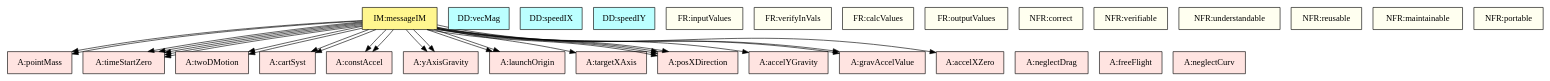
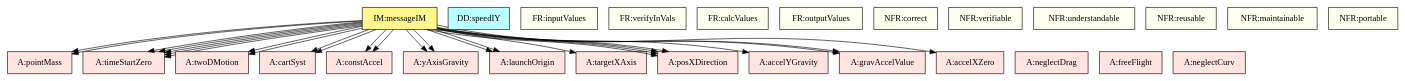
The diagram in code/stable/projectile/TraceyGraph/avsall.dot (JacquesCarette/Drasil), drawn with Graphviz before and after one commit. The commit also changed 46 other files, not shown here.

```diff
--- a/code/stable/projectile/TraceyGraph/avsall.dot
+++ b/code/stable/projectile/TraceyGraph/avsall.dot
@@ -1,104 +1,104 @@
 digraph avsall {
 	theory:projSpeed -> pointMass;
 	theory:projSpeed -> timeStartZero;
 	theory:projPos -> pointMass;
 	theory:projPos -> timeStartZero;
 	theory:velocity -> twoDMotion;
 	theory:velocity -> cartSyst;
 	theory:velocity -> constAccel;
 	theory:velocity -> timeStartZero;
 	theory:position -> twoDMotion;
 	theory:position -> cartSyst;
 	theory:position -> constAccel;
 	theory:position -> timeStartZero;
 	theory:flightduration -> yAxisGravity;
 	theory:flightduration -> launchOrigin;
 	theory:flightduration -> targetXAxis;
 	theory:flightduration -> posXDirection;
 	theory:flightduration -> accelYGravity;
 	theory:flightduration -> timeStartZero;
 	theory:flightduration -> gravAccelValue;
 	theory:landingposition -> yAxisGravity;
 	theory:landingposition -> launchOrigin;
 	theory:landingposition -> posXDirection;
 	theory:landingposition -> accelXZero;
 	theory:landingposition -> gravAccelValue;
 	theory:offset -> posXDirection;
 	theory:message -> posXDirection;
 
 
 	twoDMotion	[shape=box, color=black, style=filled, fillcolor=mistyrose, label="A:twoDMotion"];
 	cartSyst	[shape=box, color=black, style=filled, fillcolor=mistyrose, label="A:cartSyst"];
 	yAxisGravity	[shape=box, color=black, style=filled, fillcolor=mistyrose, label="A:yAxisGravity"];
 	launchOrigin	[shape=box, color=black, style=filled, fillcolor=mistyrose, label="A:launchOrigin"];
 	targetXAxis	[shape=box, color=black, style=filled, fillcolor=mistyrose, label="A:targetXAxis"];
 	posXDirection	[shape=box, color=black, style=filled, fillcolor=mistyrose, label="A:posXDirection"];
 	constAccel	[shape=box, color=black, style=filled, fillcolor=mistyrose, label="A:constAccel"];
 	accelXZero	[shape=box, color=black, style=filled, fillcolor=mistyrose, label="A:accelXZero"];
 	accelYGravity	[shape=box, color=black, style=filled, fillcolor=mistyrose, label="A:accelYGravity"];
 	neglectDrag	[shape=box, color=black, style=filled, fillcolor=mistyrose, label="A:neglectDrag"];
 	pointMass	[shape=box, color=black, style=filled, fillcolor=mistyrose, label="A:pointMass"];
 	freeFlight	[shape=box, color=black, style=filled, fillcolor=mistyrose, label="A:freeFlight"];
 	neglectCurv	[shape=box, color=black, style=filled, fillcolor=mistyrose, label="A:neglectCurv"];
 	timeStartZero	[shape=box, color=black, style=filled, fillcolor=mistyrose, label="A:timeStartZero"];
 	gravAccelValue	[shape=box, color=black, style=filled, fillcolor=mistyrose, label="A:gravAccelValue"];
 
 	subgraph A {
 	rank="same"
 	{twoDMotion, cartSyst, yAxisGravity, launchOrigin, targetXAxis, posXDirection, constAccel, accelXZero, accelYGravity, neglectDrag, pointMass, freeFlight, neglectCurv, timeStartZero, gravAccelValue}
 	}
 
-	speed	[shape=box, color=black, style=filled, fillcolor=paleturquoise1, label="DD:vecMag"];
-	ixVel	[shape=box, color=black, style=filled, fillcolor=paleturquoise1, label="DD:speedIX"];
-	iyVel	[shape=box, color=black, style=filled, fillcolor=paleturquoise1, label="DD:speedIY"];
+	dataDefn:speed	[shape=box, color=black, style=filled, fillcolor=paleturquoise1, label="DD:vecMag"];
+	dataDefn:ixVel	[shape=box, color=black, style=filled, fillcolor=paleturquoise1, label="DD:speedIX"];
+	dataDefn:iyVel	[shape=box, color=black, style=filled, fillcolor=paleturquoise1, label="DD:speedIY"];
 
 	subgraph DD {
 	rank="same"
-	{speed, ixVel, iyVel}
+	{dataDefn:speed, dataDefn:ixVel, dataDefn:iyVel}
 	}
 
 	theory:accelerationTM	[shape=box, color=black, style=filled, fillcolor=pink, label="TM:acceleration"];
 	theory:velocityTM	[shape=box, color=black, style=filled, fillcolor=pink, label="TM:velocity"];
 
 	subgraph TM {
 	rank="same"
 	{theory:accelerationTM, theory:velocityTM}
 	}
 
 	theory:projSpeed	[shape=box, color=black, style=filled, fillcolor=palegreen, label="GD:rectVel"];
 	theory:projPos	[shape=box, color=black, style=filled, fillcolor=palegreen, label="GD:rectPos"];
 	theory:velocity	[shape=box, color=black, style=filled, fillcolor=palegreen, label="GD:velVec"];
 	theory:position	[shape=box, color=black, style=filled, fillcolor=palegreen, label="GD:posVec"];
 
 	subgraph GD {
 	rank="same"
 	{theory:projSpeed, theory:projPos, theory:velocity, theory:position}
 	}
 
 	theory:flightduration	[shape=box, color=black, style=filled, fillcolor=khaki1, label="IM:calOfLandingTime"];
 	theory:landingposition	[shape=box, color=black, style=filled, fillcolor=khaki1, label="IM:calOfLandingDist"];
 	theory:offset	[shape=box, color=black, style=filled, fillcolor=khaki1, label="IM:offsetIM"];
 	theory:message	[shape=box, color=black, style=filled, fillcolor=khaki1, label="IM:messageIM"];
 
 	subgraph IM {
 	rank="same"
 	{theory:flightduration, theory:landingposition, theory:offset, theory:message}
 	}
 
 	inputValues	[shape=box, color=black, style=filled, fillcolor=ivory, label="FR:inputValues"];
 	verifyInVals	[shape=box, color=black, style=filled, fillcolor=ivory, label="FR:verifyInVals"];
 	calcValues	[shape=box, color=black, style=filled, fillcolor=ivory, label="FR:calcValues"];
 	outputValues	[shape=box, color=black, style=filled, fillcolor=ivory, label="FR:outputValues"];
 	correct	[shape=box, color=black, style=filled, fillcolor=ivory, label="NFR:correct"];
 	verifiable	[shape=box, color=black, style=filled, fillcolor=ivory, label="NFR:verifiable"];
 	understandable	[shape=box, color=black, style=filled, fillcolor=ivory, label="NFR:understandable"];
 	reusable	[shape=box, color=black, style=filled, fillcolor=ivory, label="NFR:reusable"];
 	maintainable	[shape=box, color=black, style=filled, fillcolor=ivory, label="NFR:maintainable"];
 	portable	[shape=box, color=black, style=filled, fillcolor=ivory, label="NFR:portable"];
 
 	subgraph FR {
 	rank="same"
 	{inputValues, verifyInVals, calcValues, outputValues, correct, verifiable, understandable, reusable, maintainable, portable}
 	}
 
 }
```
